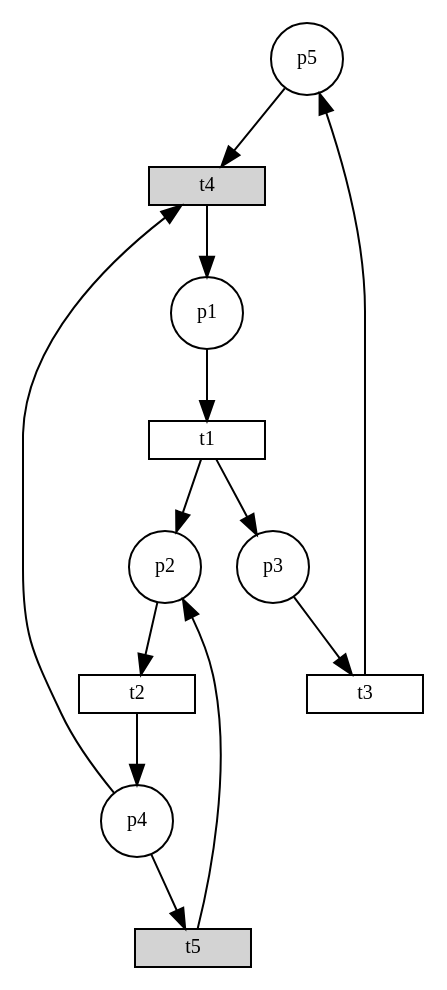
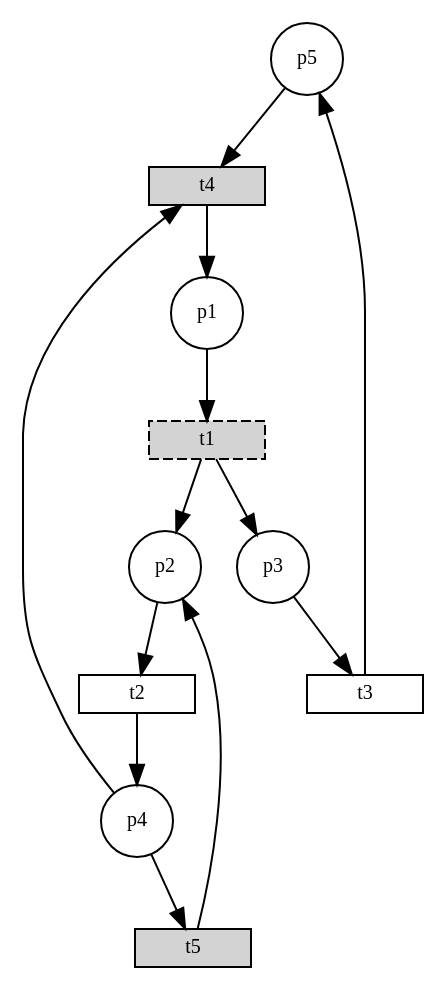
The diagram in ex1.dot (okamumu/JSPetriNet), drawn with Graphviz before and after one commit. The commit also changed 2 other files, not shown here.

Commit message:
immTransの発火時間のバグ修正

```diff
--- a/ex1.dot
+++ b/ex1.dot
@@ -1,24 +1,24 @@
 digraph { layout=dot; overlap=false; splines=true; node [fontsize=10];
 "jspetrinet.petri.Place@1db9742" [shape = circle, label = "p5"];
 "jspetrinet.sim.SimExpTrans@52e922" -> "jspetrinet.petri.Place@1db9742";
 "jspetrinet.sim.SimExpTrans@52e922" [shape = box, label = "t3" width=0.8, height=0.2];
 "jspetrinet.petri.Place@10dea4e" -> "jspetrinet.sim.SimExpTrans@52e922";
 "jspetrinet.petri.Place@10dea4e" [shape = circle, label = "p3"];
-"jspetrinet.sim.SimExpTrans@1909752" -> "jspetrinet.petri.Place@10dea4e";
-"jspetrinet.sim.SimExpTrans@1909752" [shape = box, label = "t1" width=0.8, height=0.2];
-"jspetrinet.petri.Place@14eac69" -> "jspetrinet.sim.SimExpTrans@1909752";
+"jspetrinet.petri.ImmTrans@1909752" -> "jspetrinet.petri.Place@10dea4e";
+"jspetrinet.petri.ImmTrans@1909752" [shape = box, label = "t1" width=0.8, height=0.02, style="filled,dashed"];
+"jspetrinet.petri.Place@14eac69" -> "jspetrinet.petri.ImmTrans@1909752";
 "jspetrinet.petri.Place@14eac69" [shape = circle, label = "p1"];
 "jspetrinet.sim.SimGenUnifTrans@1b84c92" -> "jspetrinet.petri.Place@14eac69";
 "jspetrinet.sim.SimGenUnifTrans@1b84c92" [shape = box, label = "t4" width=0.8, height=0.2, style=filled];
 "jspetrinet.petri.Place@12204a1" -> "jspetrinet.sim.SimGenUnifTrans@1b84c92";
 "jspetrinet.petri.Place@12204a1" [shape = circle, label = "p4"];
 "jspetrinet.sim.SimExpTrans@14991ad" -> "jspetrinet.petri.Place@12204a1";
 "jspetrinet.sim.SimExpTrans@14991ad" [shape = box, label = "t2" width=0.8, height=0.2];
 "jspetrinet.petri.Place@16d3586" -> "jspetrinet.sim.SimExpTrans@14991ad";
 "jspetrinet.petri.Place@16d3586" [shape = circle, label = "p2"];
-"jspetrinet.sim.SimExpTrans@1909752" -> "jspetrinet.petri.Place@16d3586";
+"jspetrinet.petri.ImmTrans@1909752" -> "jspetrinet.petri.Place@16d3586";
 "jspetrinet.sim.SimGenConstTrans@140e19d" -> "jspetrinet.petri.Place@16d3586";
 "jspetrinet.sim.SimGenConstTrans@140e19d" [shape = box, label = "t5" width=0.8, height=0.2, style=filled];
 "jspetrinet.petri.Place@12204a1" -> "jspetrinet.sim.SimGenConstTrans@140e19d";
 "jspetrinet.petri.Place@1db9742" -> "jspetrinet.sim.SimGenUnifTrans@1b84c92";
 }
```
